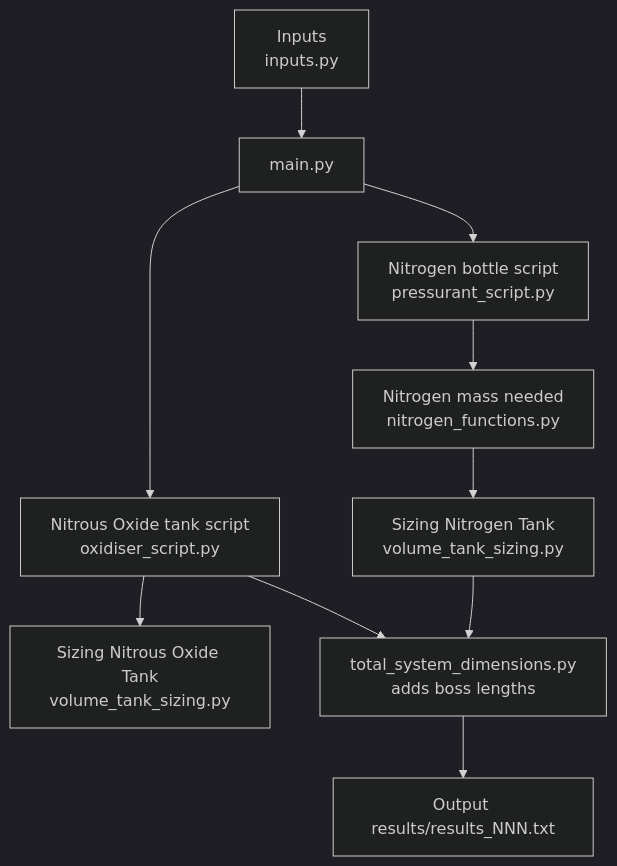
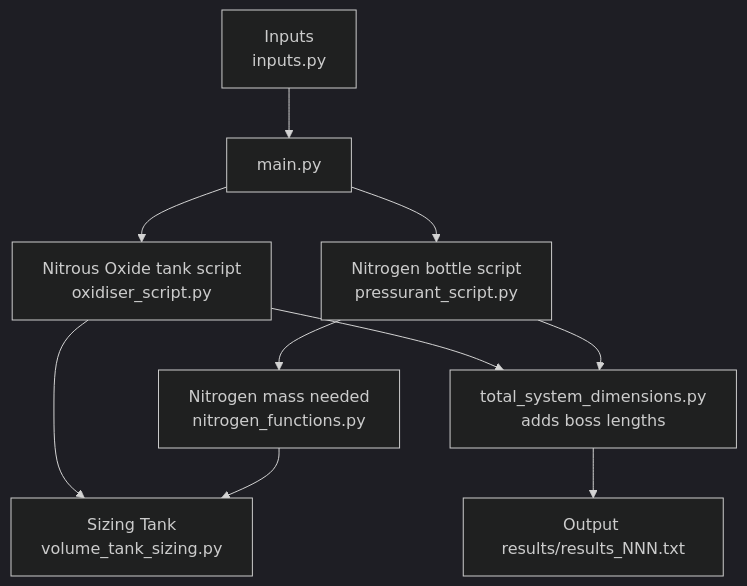
The diagram in README.md (TheRocketeer314/COPV-Tank-Solver), drawn with Mermaid (dark theme) before and after one commit.

Commit message:
Updated Flowchart in README.

````diff
--- a/README.md
+++ b/README.md
@@ -12,12 +12,12 @@
 ```mermaid
 flowchart TD
     A[Inputs<br>inputs.py] --> B[main.py]
     B --> C[Nitrous Oxide tank script<br>oxidiser_script.py]
     B --> D[Nitrogen bottle script<br>pressurant_script.py]
     D --> D1[Nitrogen mass needed<br>nitrogen_functions.py]
-    C --> E[Sizing Nitrous Oxide Tank<br>volume_tank_sizing.py]
-    D1 --> D2[Sizing Nitrogen Tank<br>volume_tank_sizing.py]
+    C --> E[Sizing Tank<br>volume_tank_sizing.py]
+    D1 --> E
     C --> F[total_system_dimensions.py<br>adds boss lengths]
-    D2 --> F
+    D --> F
     F --> G[Output results/results_NNN.txt]
 ```
````
